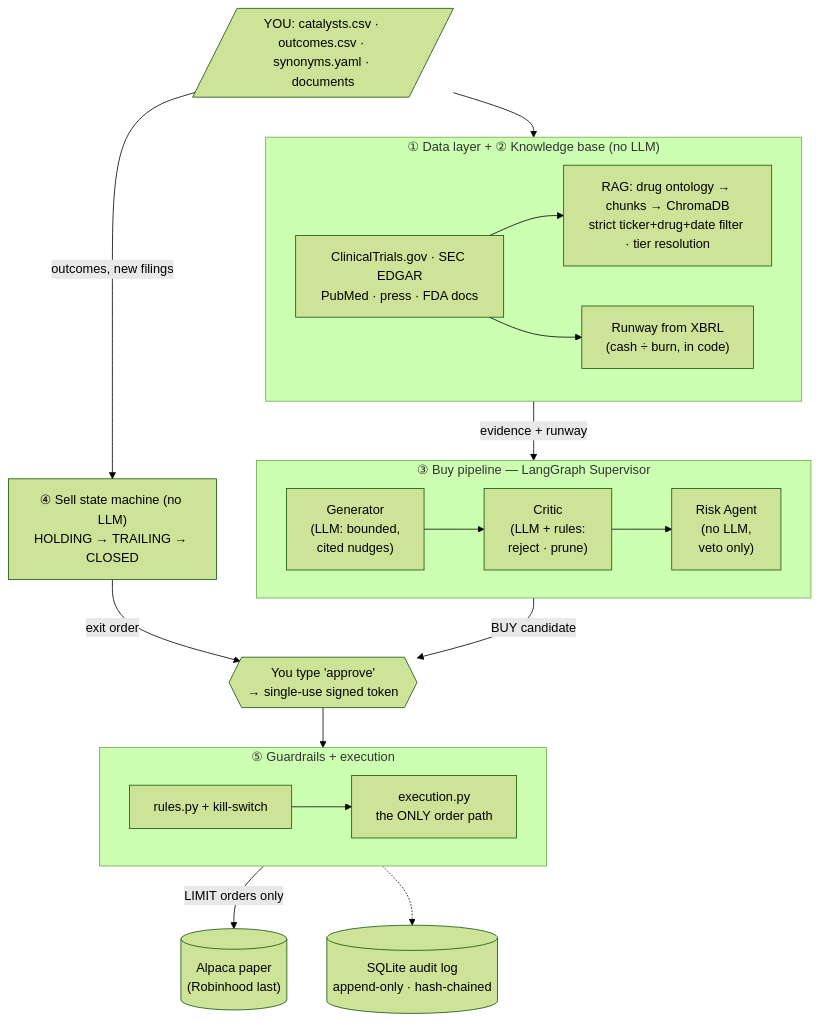
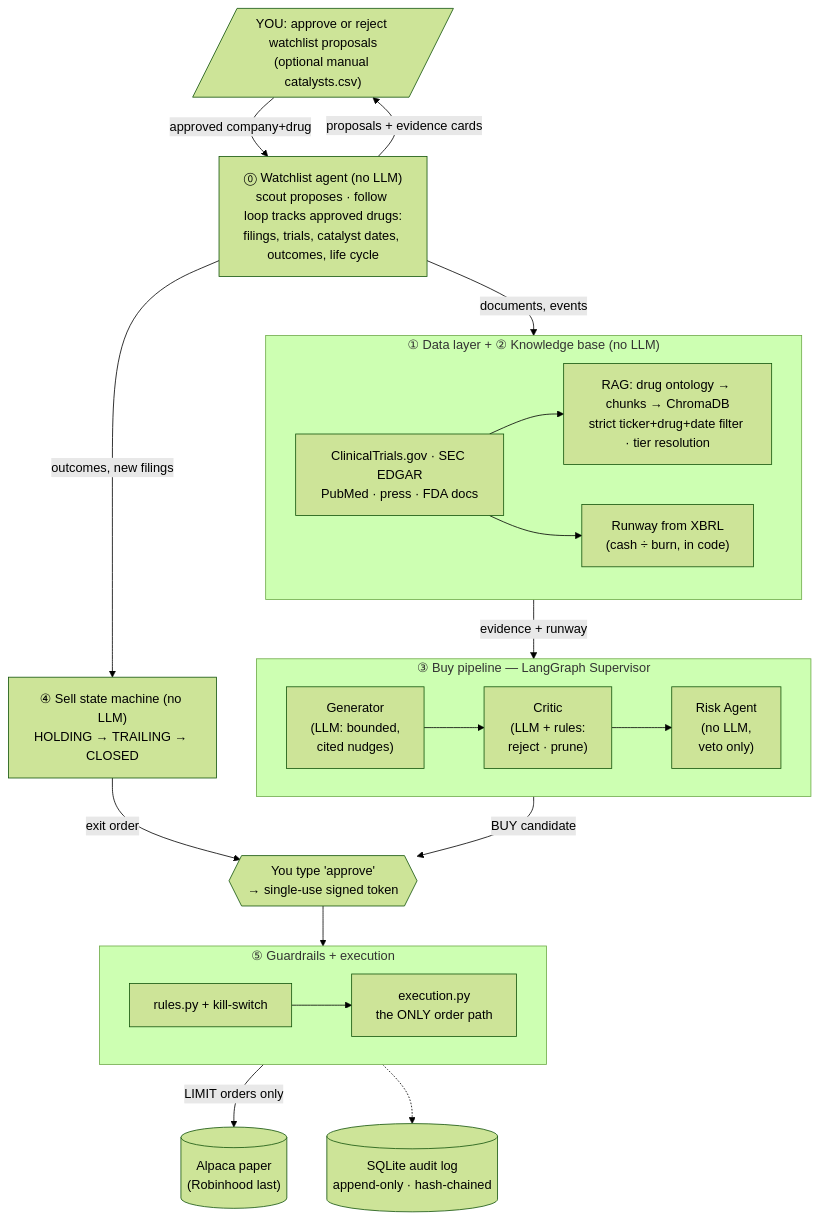
One commit to sathishkdev/BioTradeAI changed the first of 4 diagrams in README.md. Above: the diagram before and after it, drawn with Mermaid (forest theme). The commit also changed other lines of this file and 2 other files, not shown here.

Commit message:
Docs: watchlist setup steps, README life cycle and blocks, decisions D-062..D-066

````diff
--- a/README.md
+++ b/README.md
@@ -43,40 +44,43 @@
 ```mermaid
 flowchart TB
-    YOU[/"YOU: catalysts.csv · outcomes.csv · synonyms.yaml · documents"/]
+    YOU[/"YOU: approve or reject watchlist proposals<br/>(optional manual catalysts.csv)"/]
+    SCOUT["⓪ Watchlist agent (no LLM)<br/>scout proposes · follow loop tracks approved drugs:<br/>filings, trials, catalyst dates, outcomes, life cycle"]
 
     subgraph INPUTS["① Data layer + ② Knowledge base (no LLM)"]
         direction LR
         SRC["ClinicalTrials.gov · SEC EDGAR<br/>PubMed · press · FDA docs"]
         RAG["RAG: drug ontology → chunks → ChromaDB<br/>strict ticker+drug+date filter · tier resolution"]
         RUNWAY["Runway from XBRL<br/>(cash ÷ burn, in code)"]
         SRC --> RAG
         SRC --> RUNWAY
     end
 
     subgraph BUY["③ Buy pipeline — LangGraph Supervisor"]
         direction LR
         GEN["Generator<br/>(LLM: bounded,<br/>cited nudges)"] --> CRIT["Critic<br/>(LLM + rules:<br/>reject · prune)"]
         CRIT --> RISK["Risk Agent<br/>(no LLM,<br/>veto only)"]
     end
 
     SELL["④ Sell state machine (no LLM)<br/>HOLDING → TRAILING → CLOSED"]
 
     APPROVE{{"You type 'approve'<br/>→ single-use signed token"}}
 
     subgraph SAFE["⑤ Guardrails + execution"]
         direction LR
         RULES["rules.py + kill-switch"] --> EXEC["execution.py<br/>the ONLY order path"]
     end
 
     BROKER[("Alpaca paper<br/>(Robinhood last)")]
     AUDIT[("SQLite audit log<br/>append-only · hash-chained")]
 
-    YOU --> INPUTS
+    SCOUT -->|proposals + evidence cards| YOU
+    YOU -->|approved company+drug| SCOUT
+    SCOUT -->|documents, events| INPUTS
     INPUTS -->|evidence + runway| BUY
     RISK -->|BUY candidate| APPROVE
-    YOU -->|outcomes, new filings| SELL
+    SCOUT -->|outcomes, new filings| SELL
     SELL -->|exit order| APPROVE
     APPROVE --> SAFE
     EXEC -->|LIMIT orders only| BROKER
     SAFE -.-> AUDIT
 ```
````
